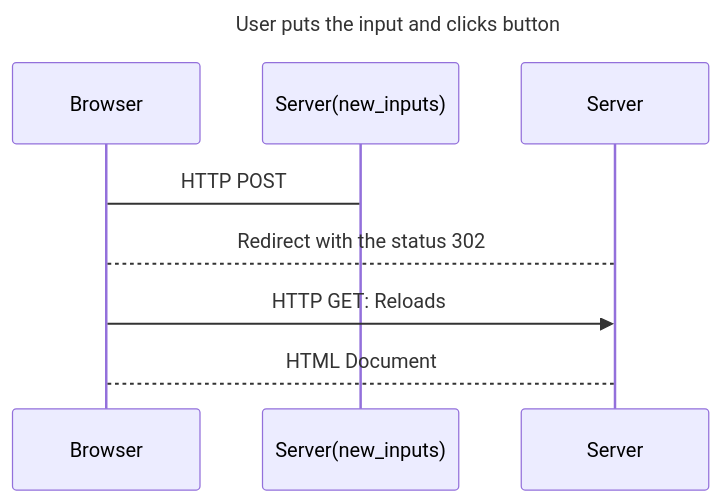
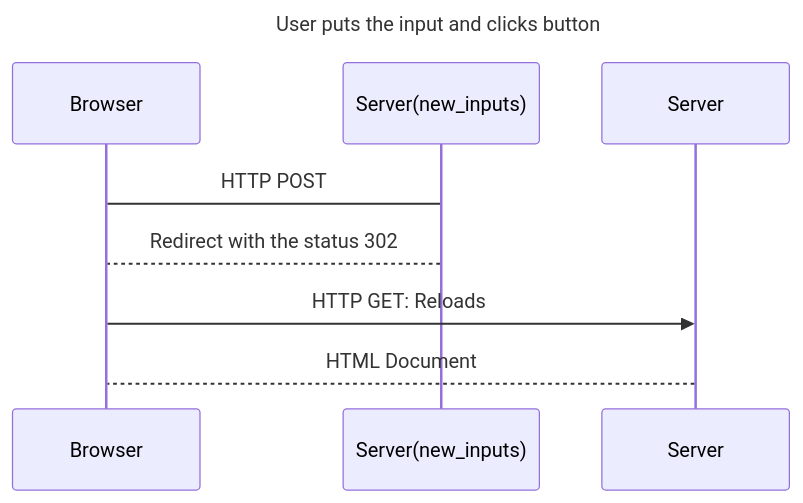
Before and after one commit to hiwina/fullstackopen: the diagram in part0/0.4: New note diagram/sequenceDiagram.md, drawn with Mermaid.

````diff
--- a/part0/0.4: New note diagram/sequenceDiagram.md
+++ b/part0/0.4: New note diagram/sequenceDiagram.md
@@ -4,9 +4,9 @@
 ```mermaid
 sequenceDiagram;
 Title: User puts the input and clicks button 
 
 Browser->Server(new_inputs): HTTP POST
-Server-->Browser: Redirect with the status 302
+Server(new_inputs)-->Browser: Redirect with the status 302
 Browser->>Server: HTTP GET: Reloads
 Server-->Browser: HTML Document
 ```
````
